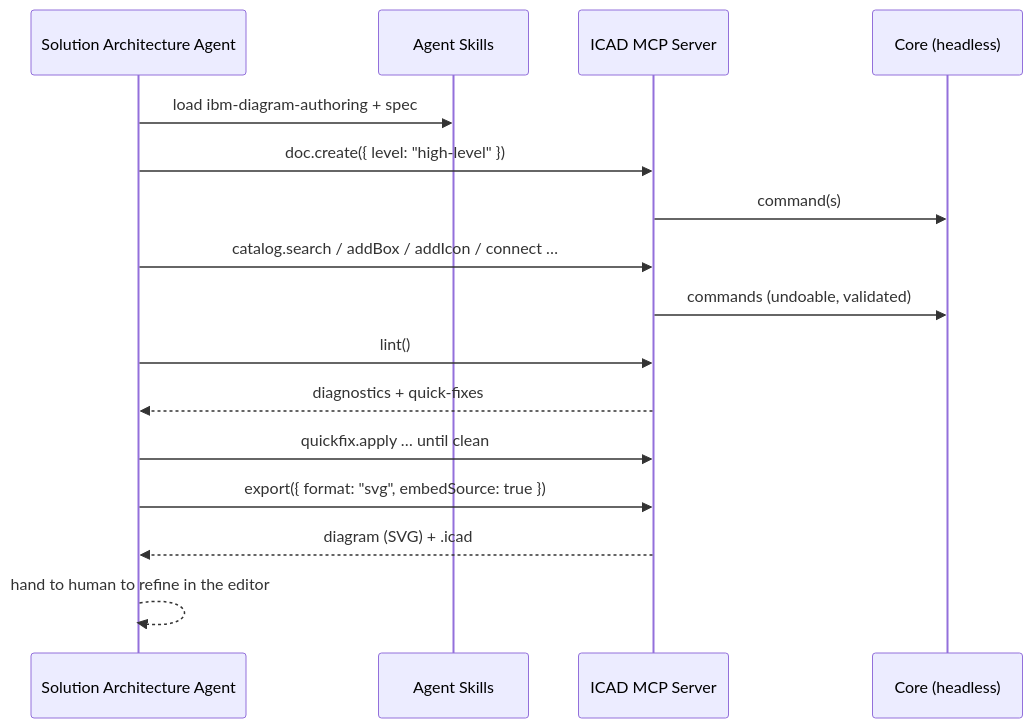
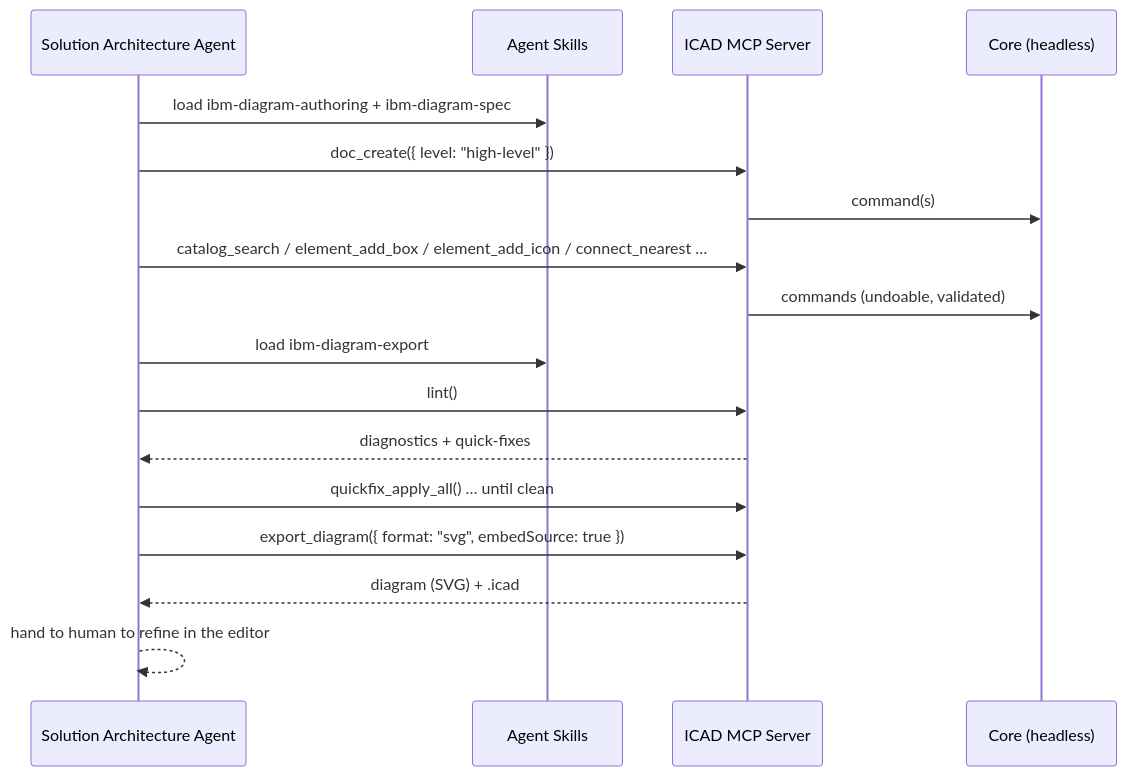
Before and after one commit to iChintanSoni/ibm-cloud-architecture-diagram: the diagram in docs/08-agent-integration.md, drawn with Mermaid. The commit also changed other lines of this file and 6 other files, not shown here.

````diff
--- a/docs/08-agent-integration.md
+++ b/docs/08-agent-integration.md
@@ -74,18 +86,19 @@
 ```mermaid
 sequenceDiagram
   participant A as Solution Architecture Agent
   participant S as Agent Skills
   participant M as ICAD MCP Server
   participant C as Core (headless)
-  A->>S: load ibm-diagram-authoring + spec
-  A->>M: doc.create({ level: "high-level" })
+  A->>S: load ibm-diagram-authoring + ibm-diagram-spec
+  A->>M: doc_create({ level: "high-level" })
   M->>C: command(s)
-  A->>M: catalog.search / addBox / addIcon / connect …
+  A->>M: catalog_search / element_add_box / element_add_icon / connect_nearest …
   M->>C: commands (undoable, validated)
+  A->>S: load ibm-diagram-export
   A->>M: lint()
   M-->>A: diagnostics + quick-fixes
-  A->>M: quickfix.apply … until clean
-  A->>M: export({ format: "svg", embedSource: true })
+  A->>M: quickfix_apply_all() … until clean
+  A->>M: export_diagram({ format: "svg", embedSource: true })
   M-->>A: diagram (SVG) + .icad
   A-->>A: hand to human to refine in the editor
 ```
````
